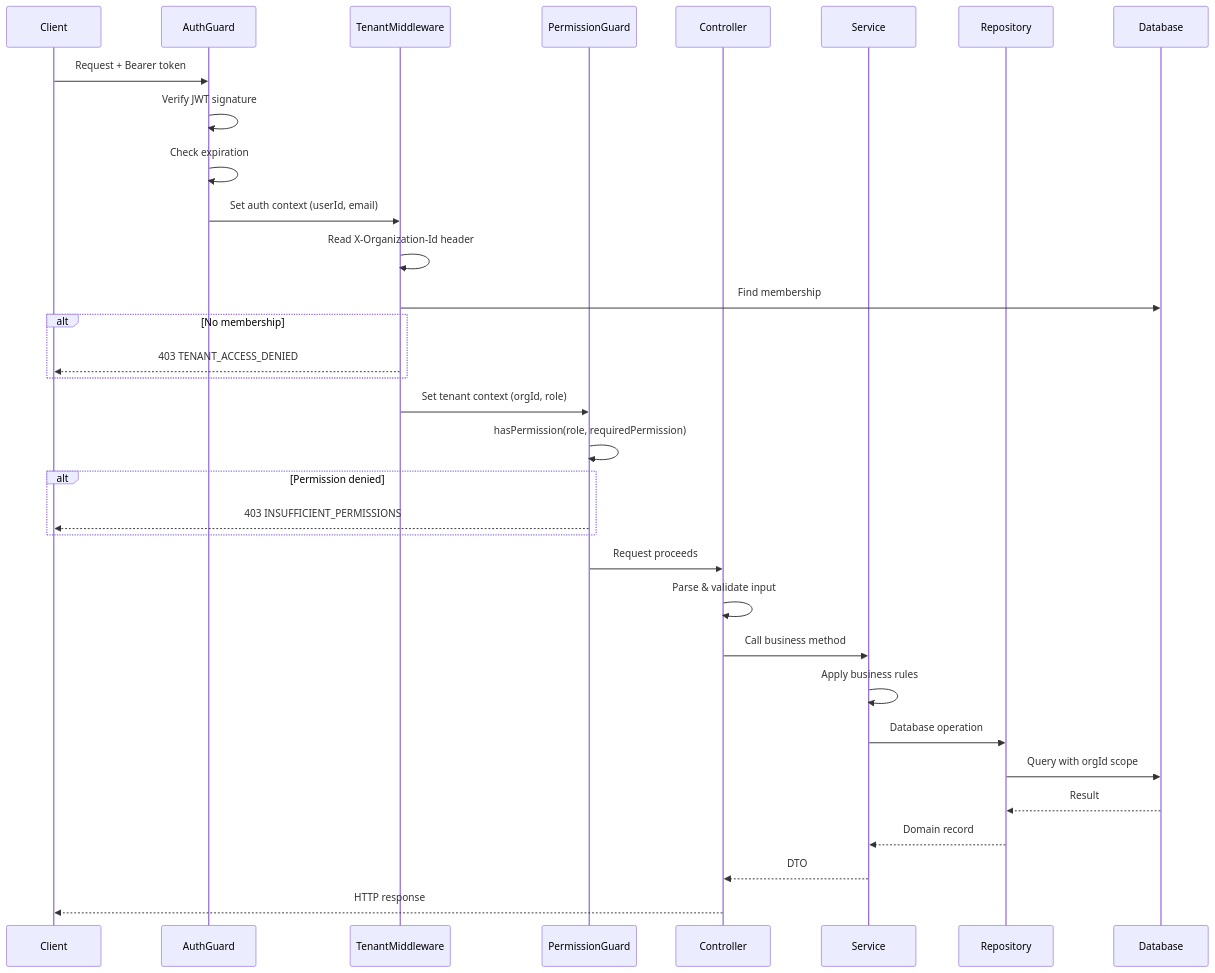
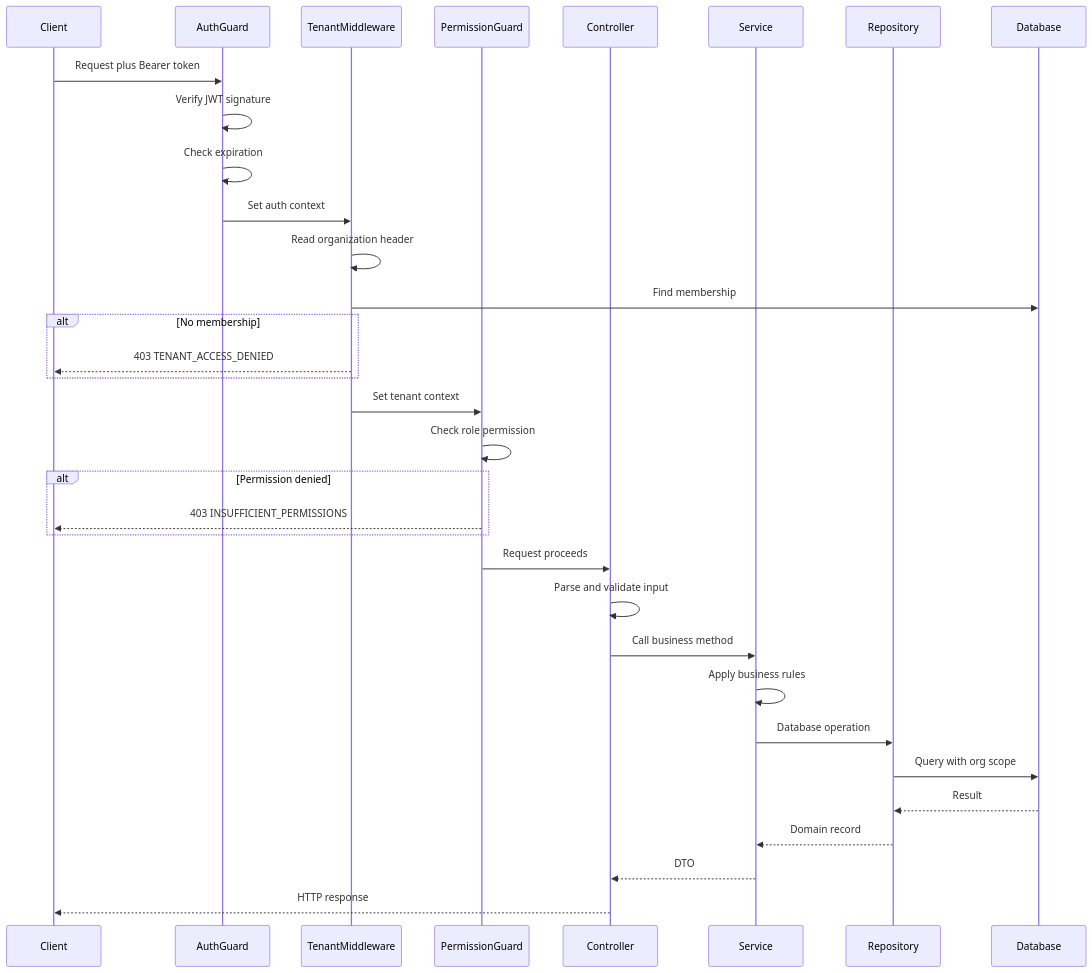
The third of 7 diagrams in README.md (mdfarhan9304/Invocore), drawn with Mermaid before and after one commit. The commit also changed other lines of this file, not shown here.

First line of the commit message:
Fix GitHub Mermaid diagrams that failed to render

````diff
--- a/README.md
+++ b/README.md
@@ -145,39 +145,39 @@
 ```mermaid
 sequenceDiagram
     participant Client
     participant AuthGuard
     participant TenantMiddleware
     participant PermissionGuard
     participant Controller
     participant Service
     participant Repository
     participant Database
 
-    Client->>AuthGuard: Request + Bearer token
+    Client->>AuthGuard: Request plus Bearer token
     AuthGuard->>AuthGuard: Verify JWT signature
     AuthGuard->>AuthGuard: Check expiration
-    AuthGuard->>TenantMiddleware: Set auth context (userId, email)
+    AuthGuard->>TenantMiddleware: Set auth context
 
-    TenantMiddleware->>TenantMiddleware: Read X-Organization-Id header
+    TenantMiddleware->>TenantMiddleware: Read organization header
     TenantMiddleware->>Database: Find membership
     alt No membership
         TenantMiddleware-->>Client: 403 TENANT_ACCESS_DENIED
     end
-    TenantMiddleware->>PermissionGuard: Set tenant context (orgId, role)
+    TenantMiddleware->>PermissionGuard: Set tenant context
 
-    PermissionGuard->>PermissionGuard: hasPermission(role, requiredPermission)
+    PermissionGuard->>PermissionGuard: Check role permission
     alt Permission denied
         PermissionGuard-->>Client: 403 INSUFFICIENT_PERMISSIONS
     end
     PermissionGuard->>Controller: Request proceeds
 
-    Controller->>Controller: Parse & validate input
+    Controller->>Controller: Parse and validate input
     Controller->>Service: Call business method
     Service->>Service: Apply business rules
     Service->>Repository: Database operation
-    Repository->>Database: Query with orgId scope
+    Repository->>Database: Query with org scope
     Database-->>Repository: Result
     Repository-->>Service: Domain record
     Service-->>Controller: DTO
     Controller-->>Client: HTTP response
 ```
````
